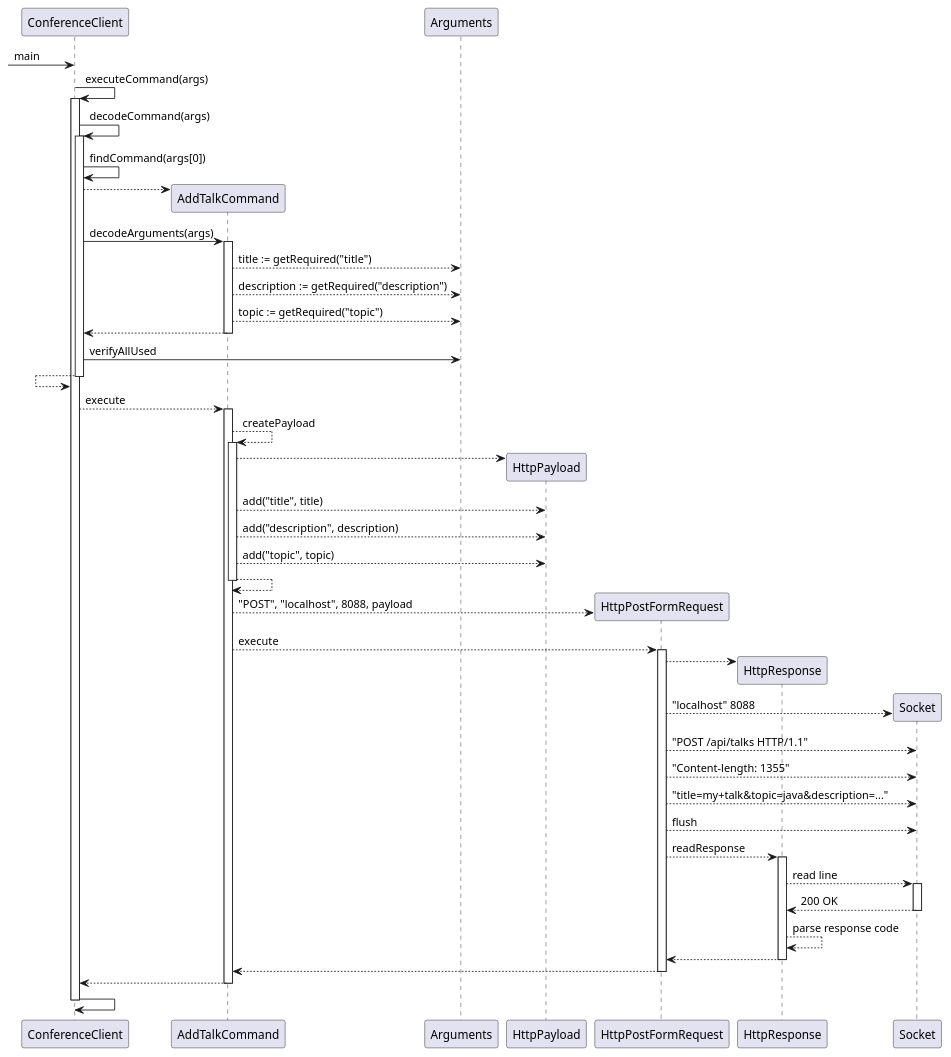
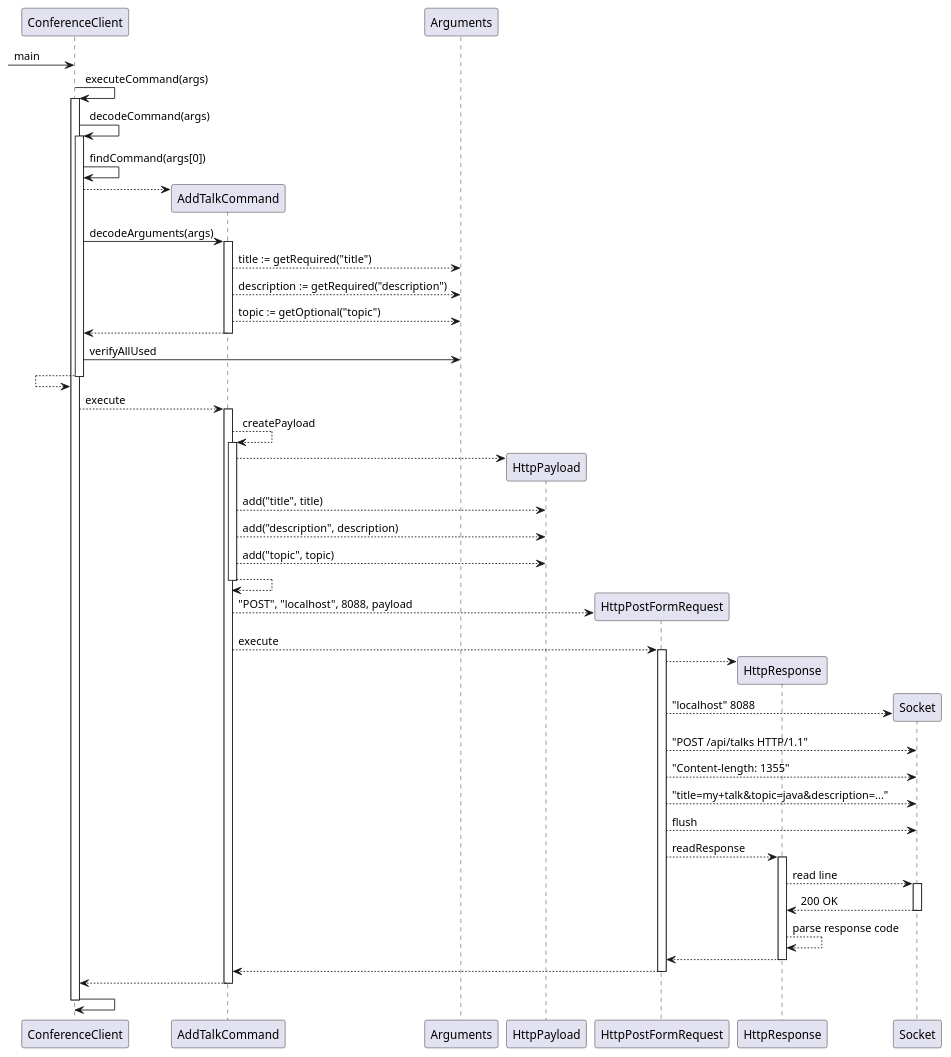
The diagram in doc/conference-client-design.puml (Westerdals/pgr200-eksamen-viking-v2), drawn with PlantUML before and after one commit. The commit also changed 5 other files, not shown here.

```diff
--- a/doc/conference-client-design.puml
+++ b/doc/conference-client-design.puml
@@ -1,40 +1,40 @@
 -> ConferenceClient: main
 ConferenceClient -> ConferenceClient ++: executeCommand(args)
 	ConferenceClient -> ConferenceClient ++: decodeCommand(args)
 		ConferenceClient -> ConferenceClient: findCommand(args[0])
 		create AddTalkCommand
 		ConferenceClient --> AddTalkCommand:
 		ConferenceClient -> AddTalkCommand ++: decodeArguments(args)
 			AddTalkCommand --> Arguments: title := getRequired("title")
 			AddTalkCommand --> Arguments: description := getRequired("description")
-			AddTalkCommand --> Arguments: topic := getRequired("topic")
+			AddTalkCommand --> Arguments: topic := getOptional("topic")
 		ConferenceClient <-- AddTalkCommand --
 		ConferenceClient -> Arguments: verifyAllUsed
 	ConferenceClient <-- ConferenceClient --
 	ConferenceClient --> AddTalkCommand ++: execute
 		AddTalkCommand --> AddTalkCommand ++: createPayload
 			create HttpPayload
 			AddTalkCommand --> HttpPayload
 			AddTalkCommand --> HttpPayload: add("title", title)
 			AddTalkCommand --> HttpPayload: add("description", description)
 			AddTalkCommand --> HttpPayload: add("topic", topic)
 		AddTalkCommand --> AddTalkCommand --
 		create HttpPostFormRequest
 		AddTalkCommand --> HttpPostFormRequest: "POST", "localhost", 8088, payload
 		AddTalkCommand --> HttpPostFormRequest ++: execute
 			create HttpResponse
 			HttpPostFormRequest --> HttpResponse
 			create Socket
 			HttpPostFormRequest --> Socket: "localhost" 8088
 			HttpPostFormRequest --> Socket: "POST /api/talks HTTP/1.1"
 			HttpPostFormRequest --> Socket: "Content-length: 1355"
 			HttpPostFormRequest --> Socket: "title=my+talk&topic=java&description=..."
 			HttpPostFormRequest --> Socket: flush
 			HttpPostFormRequest --> HttpResponse ++: readResponse
 				HttpResponse --> Socket ++: read line
 				HttpResponse <-- Socket --: 200 OK
 				HttpResponse --> HttpResponse: parse response code
 			HttpPostFormRequest <-- HttpResponse --
 		AddTalkCommand <-- HttpPostFormRequest --
 	ConferenceClient <-- AddTalkCommand --
 ConferenceClient -> ConferenceClient --
```
